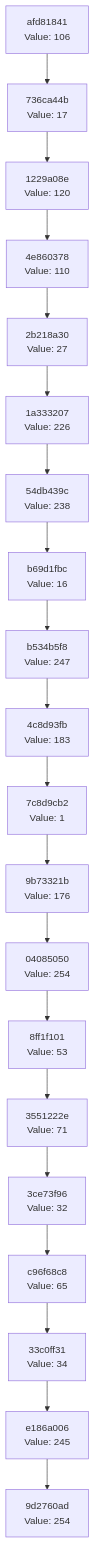
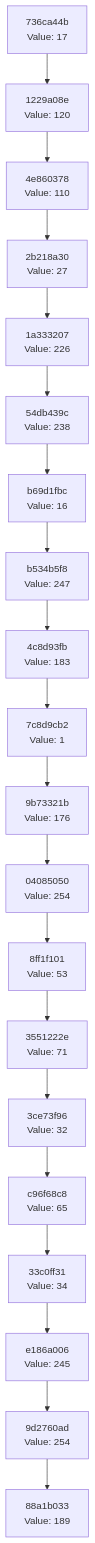
One commit to Abhisheksinha1506/hash-chain-evolver changed the diagram in docs/CHAIN_VISUALIZATION.md. Above: the diagram before and after it, drawn with Mermaid. The commit also changed 3 other files, not shown here.

````diff
--- a/docs/CHAIN_VISUALIZATION.md
+++ b/docs/CHAIN_VISUALIZATION.md
@@ -3,42 +3,42 @@
 ```mermaid
 graph TD
-    C0["9d2760ad<br/>Value: 254"]
-    C1["e186a006<br/>Value: 245"]
+    C0["88a1b033<br/>Value: 189"]
+    C1["9d2760ad<br/>Value: 254"]
     C1 --> C0
-    C2["33c0ff31<br/>Value: 34"]
+    C2["e186a006<br/>Value: 245"]
     C2 --> C1
-    C3["c96f68c8<br/>Value: 65"]
+    C3["33c0ff31<br/>Value: 34"]
     C3 --> C2
-    C4["3ce73f96<br/>Value: 32"]
+    C4["c96f68c8<br/>Value: 65"]
     C4 --> C3
-    C5["3551222e<br/>Value: 71"]
+    C5["3ce73f96<br/>Value: 32"]
     C5 --> C4
-    C6["8ff1f101<br/>Value: 53"]
+    C6["3551222e<br/>Value: 71"]
     C6 --> C5
-    C7["04085050<br/>Value: 254"]
+    C7["8ff1f101<br/>Value: 53"]
     C7 --> C6
-    C8["9b73321b<br/>Value: 176"]
+    C8["04085050<br/>Value: 254"]
     C8 --> C7
-    C9["7c8d9cb2<br/>Value: 1"]
+    C9["9b73321b<br/>Value: 176"]
     C9 --> C8
-    C10["4c8d93fb<br/>Value: 183"]
+    C10["7c8d9cb2<br/>Value: 1"]
     C10 --> C9
-    C11["b534b5f8<br/>Value: 247"]
+    C11["4c8d93fb<br/>Value: 183"]
     C11 --> C10
-    C12["b69d1fbc<br/>Value: 16"]
+    C12["b534b5f8<br/>Value: 247"]
     C12 --> C11
-    C13["54db439c<br/>Value: 238"]
+    C13["b69d1fbc<br/>Value: 16"]
     C13 --> C12
-    C14["1a333207<br/>Value: 226"]
+    C14["54db439c<br/>Value: 238"]
     C14 --> C13
-    C15["2b218a30<br/>Value: 27"]
+    C15["1a333207<br/>Value: 226"]
     C15 --> C14
-    C16["4e860378<br/>Value: 110"]
+    C16["2b218a30<br/>Value: 27"]
     C16 --> C15
-    C17["1229a08e<br/>Value: 120"]
+    C17["4e860378<br/>Value: 110"]
     C17 --> C16
-    C18["736ca44b<br/>Value: 17"]
+    C18["1229a08e<br/>Value: 120"]
     C18 --> C17
-    C19["afd81841<br/>Value: 106"]
+    C19["736ca44b<br/>Value: 17"]
     C19 --> C18
 ```
````
